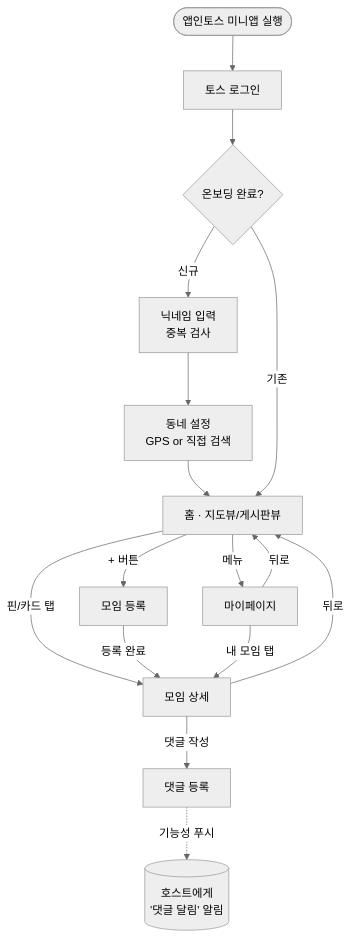
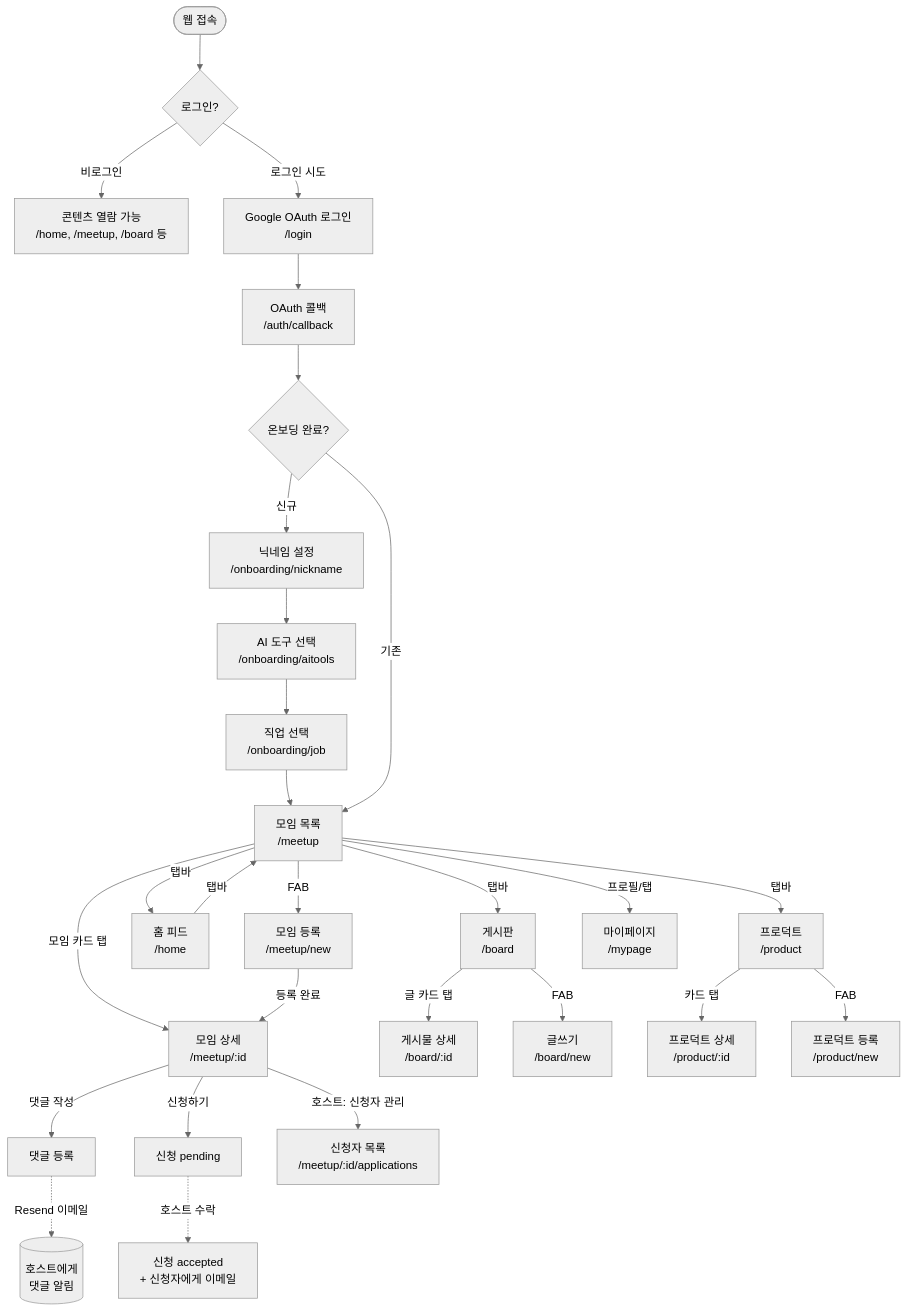
Before and after one commit to thenovelabs-dot/vibetogether: the diagram in flow-tasks.md, drawn with Mermaid (neutral theme). The commit also changed other lines of this file and 9 other files, not shown here.

````diff
--- a/flow-tasks.md
+++ b/flow-tasks.md
@@ -11,21 +11,34 @@
 ```mermaid
 flowchart TD
-    A([앱인토스 미니앱 실행]) --> B[토스 로그인]
-    B --> C{온보딩 완료?}
-    C -- 신규 --> D[닉네임 입력<br/>중복 검사]
-    D --> E[동네 설정<br/>GPS or 직접 검색]
-    E --> F[홈 · 지도뷰/게시판뷰]
-    C -- 기존 --> F
+    A([웹 접속]) --> B{로그인?}
+    B -- 비로그인 --> C[콘텐츠 열람 가능\n/home, /meetup, /board 등]
+    B -- 로그인 시도 --> D[Google OAuth 로그인\n/login]
+    D --> E[OAuth 콜백\n/auth/callback]
+    E --> F{온보딩 완료?}
+    F -- 신규 --> G[닉네임 설정\n/onboarding/nickname]
+    G --> H[AI 도구 선택\n/onboarding/aitools]
+    H --> I[직업 선택\n/onboarding/job]
+    I --> J[모임 목록\n/meetup]
+    F -- 기존 --> J
 
-    F -->|핀/카드 탭| G[모임 상세]
-    F -->|+ 버튼| H[모임 등록]
-    F -->|메뉴| I[마이페이지]
+    J -->|모임 카드 탭| K[모임 상세\n/meetup/:id]
+    J -->|FAB| L[모임 등록\n/meetup/new]
+    J -->|탭바| M[홈 피드\n/home]
+    J -->|탭바| N[게시판\n/board]
+    J -->|탭바| O[프로덕트\n/product]
 
-    H -->|등록 완료| G
-    G -->|댓글 작성| J[댓글 등록]
-    J -.->|기능성 푸시| K[(호스트에게<br/>'댓글 달림' 알림)]
+    K -->|댓글 작성| P[댓글 등록]
+    P -.->|Resend 이메일| Q[(호스트에게\n댓글 알림)]
+    K -->|신청하기| R[신청 pending]
+    R -.->|호스트 수락| S[신청 accepted\n+ 신청자에게 이메일]
+    K -->|호스트: 신청자 관리| T[신청자 목록\n/meetup/:id/applications]
 
-    G -->|뒤로| F
-    I -->|뒤로| F
-    I -->|내 모임 탭| G
+    L -->|등록 완료| K
+    M -->|탭바| J
+    N -->|글 카드 탭| U[게시물 상세\n/board/:id]
+    N -->|FAB| V[글쓰기\n/board/new]
+    O -->|카드 탭| W[프로덕트 상세\n/product/:id]
+    O -->|FAB| X[프로덕트 등록\n/product/new]
+
+    J -->|프로필/탭| Y[마이페이지\n/mypage]
 ```
````
